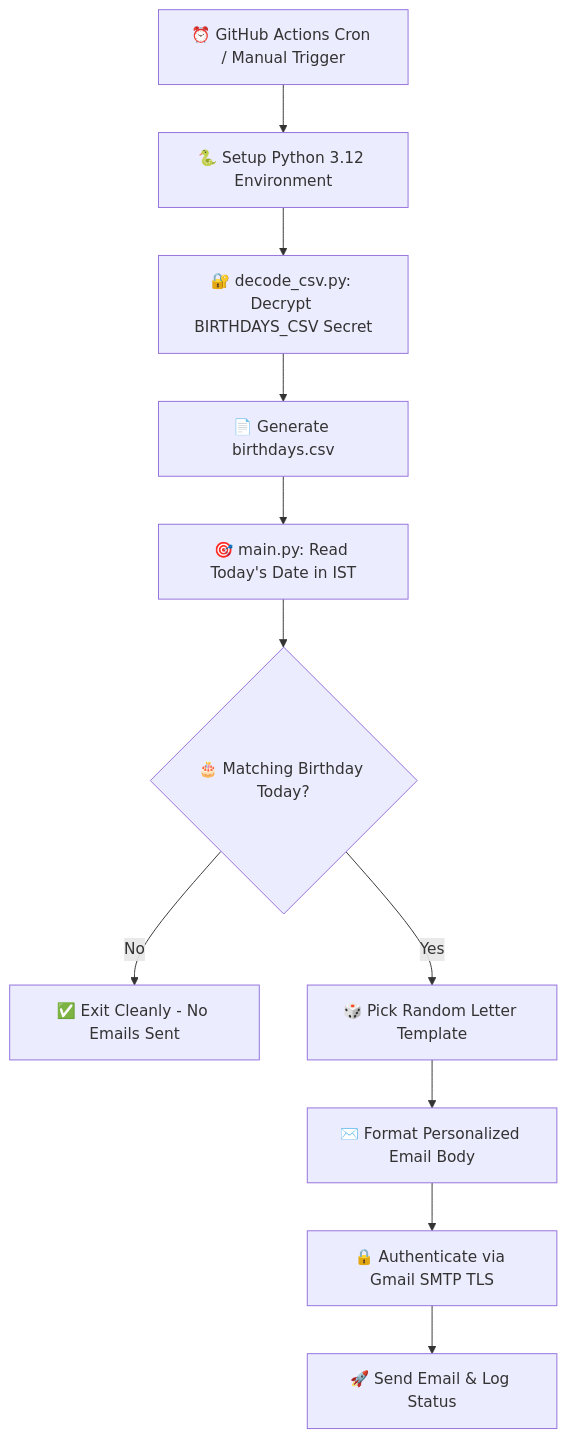
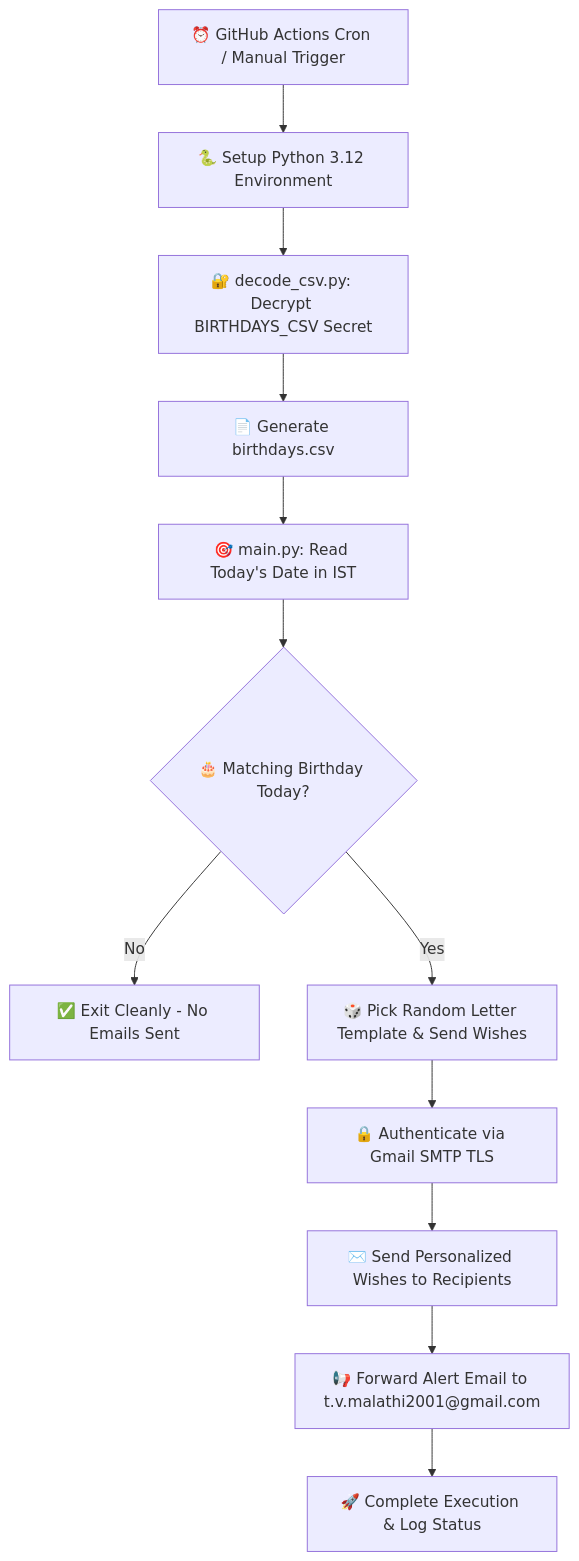
One commit to ragul-r-v/birthday-wisher changed the diagram in README.md. Above: the diagram before and after it, drawn with Mermaid. The commit also changed other lines of this file and 2 other files, not shown here.

Commit message:
Fix SMTP auth handling & add daily birthday alert forwarding email to t.v.malathi2001@gmail.com

````diff
--- a/README.md
+++ b/README.md
@@ -59,13 +60,14 @@
 ```mermaid
 flowchart TD
     A[⏰ GitHub Actions Cron / Manual Trigger] --> B[🐍 Setup Python 3.12 Environment]
     B --> C[🔐 decode_csv.py: Decrypt BIRTHDAYS_CSV Secret]
     C --> D[📄 Generate birthdays.csv]
     D --> E[🎯 main.py: Read Today's Date in IST]
     E --> F{🎂 Matching Birthday Today?}
     F -- No --> G[✅ Exit Cleanly - No Emails Sent]
-    F -- Yes --> H[🎲 Pick Random Letter Template]
-    H --> I[✉️ Format Personalized Email Body]
-    I --> J[🔒 Authenticate via Gmail SMTP TLS]
-    J --> K[🚀 Send Email & Log Status]
+    F -- Yes --> H[🎲 Pick Random Letter Template & Send Wishes]
+    H --> I[🔒 Authenticate via Gmail SMTP TLS]
+    I --> J[✉️ Send Personalized Wishes to Recipients]
+    J --> K[📢 Forward Alert Email to t.v.malathi2001@gmail.com]
+    K --> L[🚀 Complete Execution & Log Status]
 ```
````
